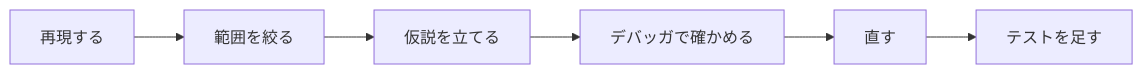
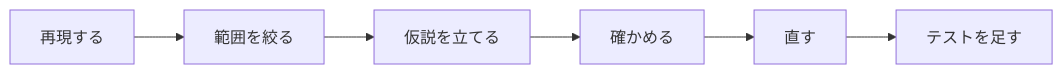
One commit to NS28cse/programminglang1-ans changed the diagram in slides/debugger-basics.md. Above: the diagram before and after it, drawn with Mermaid. The commit also changed other lines of this file and 5 other files, not shown here.

````diff
--- a/slides/debugger-basics.md
+++ b/slides/debugger-basics.md
@@ -109,4 +97,5 @@
 ```mermaid
 flowchart LR
-  A[再現する] --> B[範囲を絞る] --> C[仮説を立てる] --> D[デバッガで確かめる] --> E[直す] --> F[テストを足す]
+  A[再現する] --> B[範囲を絞る] --> C[仮説を立てる]
+  C --> D[確かめる] --> E[直す] --> F[テストを足す]
 ```
````
